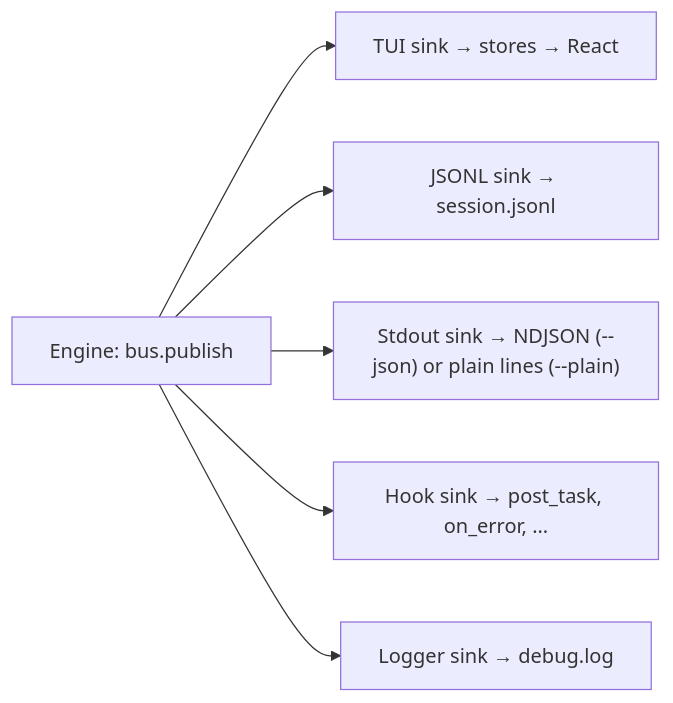
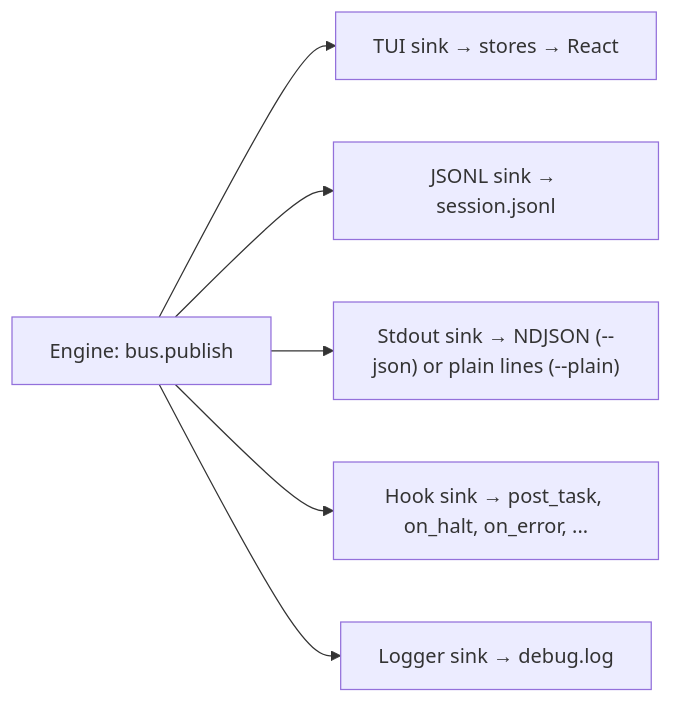
The second of 2 diagrams in docs/ENGINE.md (b4r7x/splitbrief), drawn with Mermaid before and after one commit. The commit also changed other lines of this file and 729 other files, not shown here.

````diff
--- a/docs/ENGINE.md
+++ b/docs/ENGINE.md
@@ -140,8 +140,8 @@
 ```mermaid
 flowchart LR
   E[Engine: bus.publish] --> T[TUI sink → stores → React]
   E --> J[JSONL sink → session.jsonl]
   E --> S["Stdout sink → NDJSON (--json) or plain lines (--plain)"]
-  E --> H[Hook sink → post_task, on_error, ...]
+  E --> H[Hook sink → post_task, on_halt, on_error, ...]
   E --> L[Logger sink → debug.log]
 ```
````
